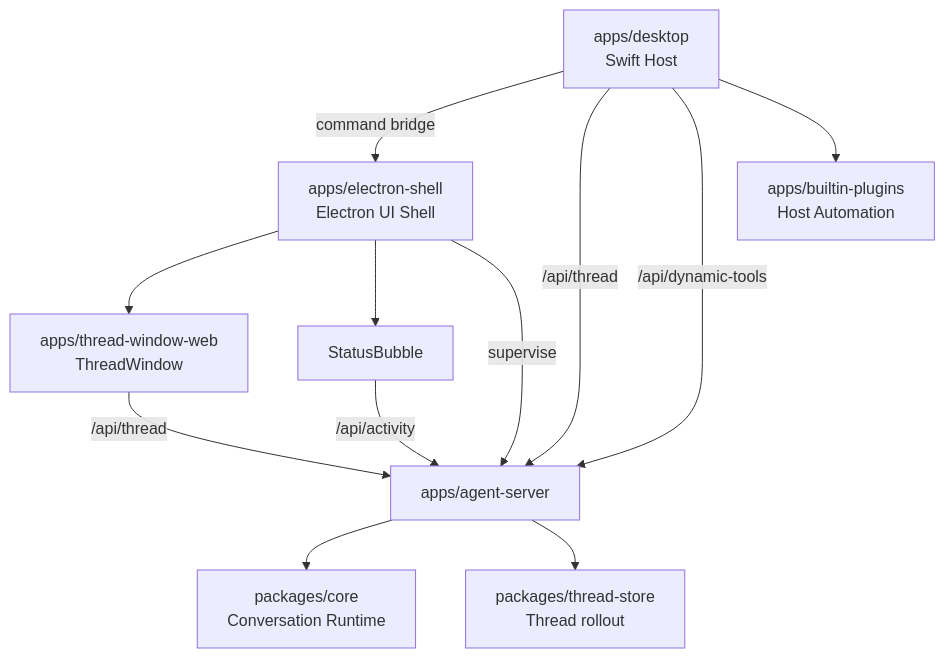
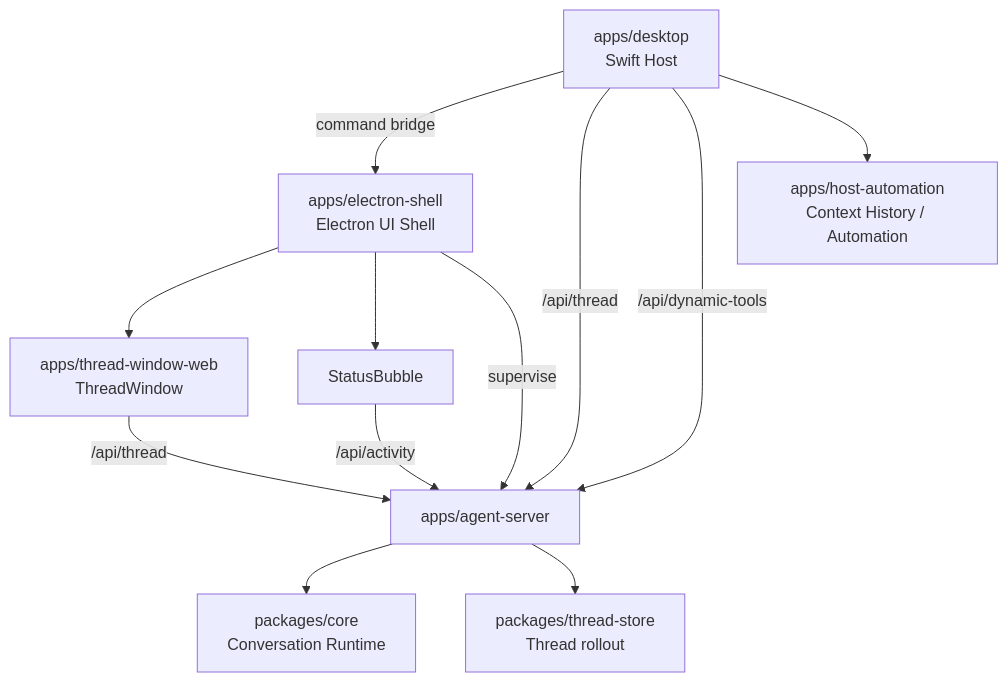
The diagram in handAgent.md (Lixuhang987/Wisp-Pocket), drawn with Mermaid before and after one commit. The commit also changed other lines of this file and 101 other files, not shown here.

````diff
--- a/handAgent.md
+++ b/handAgent.md
@@ -7,14 +7,14 @@
 ```mermaid
 flowchart TD
   D[apps/desktop<br/>Swift Host] -->|command bridge| E[apps/electron-shell<br/>Electron UI Shell]
   E --> W[apps/thread-window-web<br/>ThreadWindow]
   E --> A[StatusBubble]
   E -->|supervise| S[apps/agent-server]
   D -->|/api/thread| S
   D -->|/api/dynamic-tools| S
   W -->|/api/thread| S
   A -->|/api/activity| S
   S --> C[packages/core<br/>Conversation Runtime]
   S --> T[packages/thread-store<br/>Thread rollout]
-  D --> P[apps/builtin-plugins<br/>Host Automation]
+  D --> H[apps/host-automation<br/>Context History / Automation]
 ```
````
